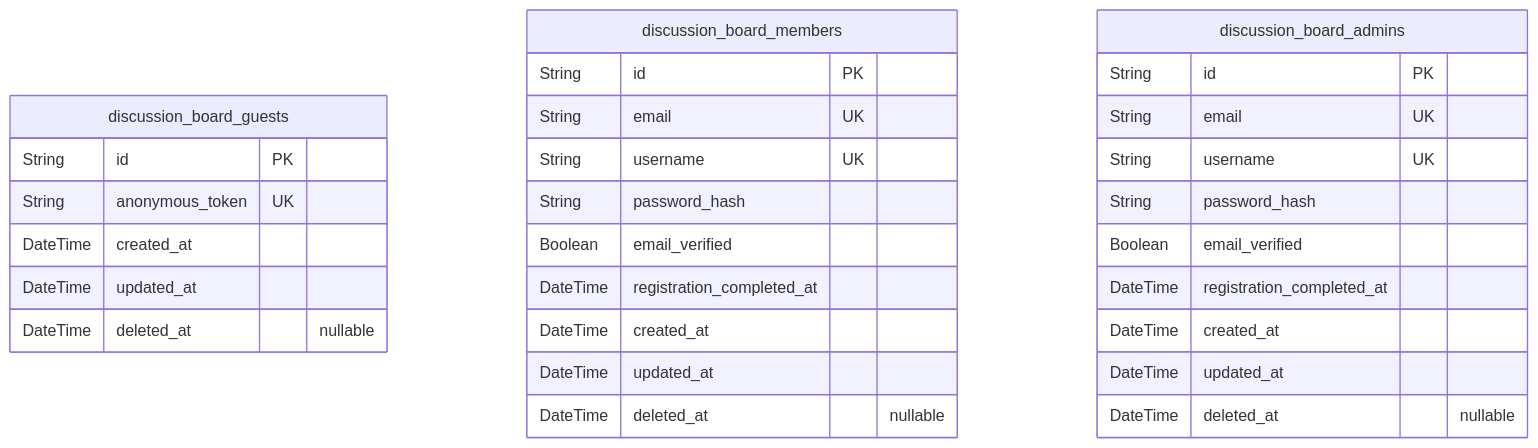
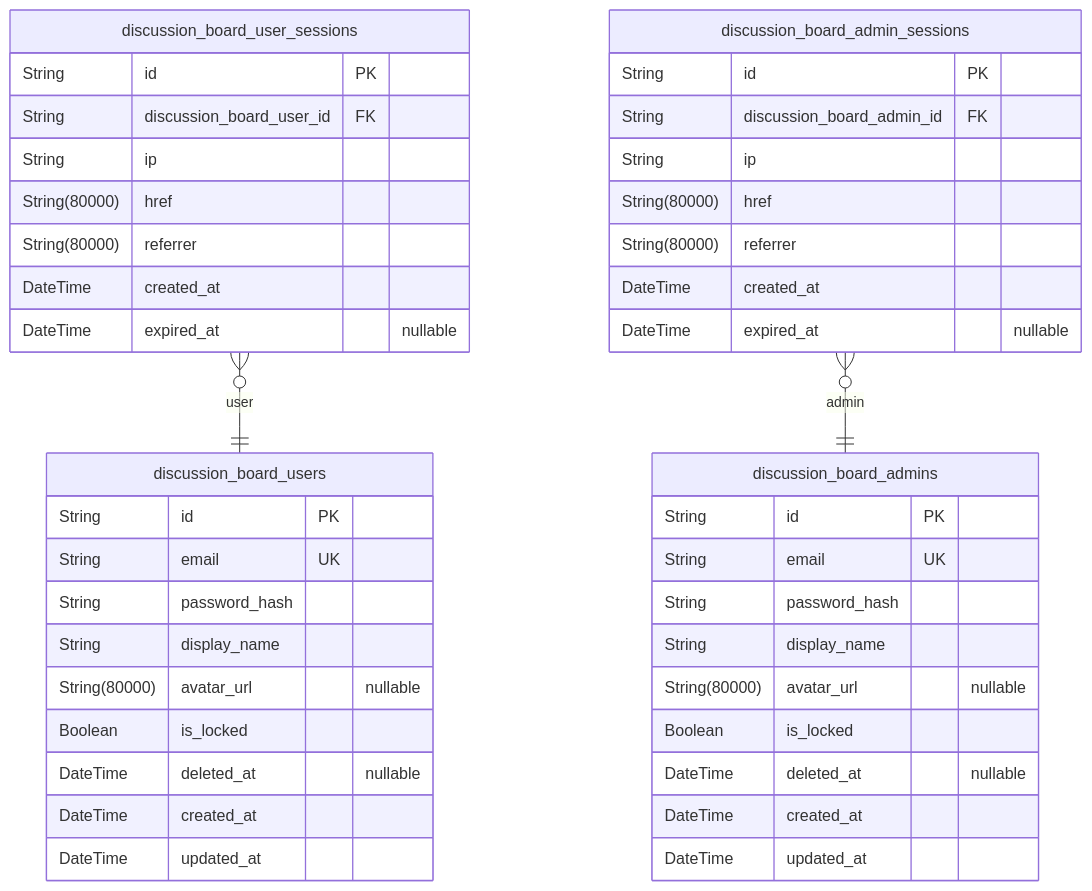
The first of 3 diagrams in openai/gpt-4.1/bbs/docs/ERD.md (wrtnlabs/autobe-examples), drawn with Mermaid before and after one commit. The commit also changed other lines of this file and 16146 other files, not shown here.

````diff
--- a/openai/gpt-4.1/bbs/docs/ERD.md
+++ b/openai/gpt-4.1/bbs/docs/ERD.md
@@ -10,32 +11,45 @@
 ```mermaid
 erDiagram
-"discussion_board_guests" {
+"discussion_board_users" {
   String id PK
-  String anonymous_token UK
+  String email UK
+  String password_hash
+  String display_name
+  String(80000) avatar_url "nullable"
+  Boolean is_locked
+  DateTime deleted_at "nullable"
   DateTime created_at
   DateTime updated_at
-  DateTime deleted_at "nullable"
 }
-"discussion_board_members" {
+"discussion_board_user_sessions" {
   String id PK
-  String email UK
-  String username UK
-  String password_hash
-  Boolean email_verified
-  DateTime registration_completed_at
+  String discussion_board_user_id FK
+  String ip
+  String(80000) href
+  String(80000) referrer
   DateTime created_at
-  DateTime updated_at
-  DateTime deleted_at "nullable"
+  DateTime expired_at "nullable"
 }
 "discussion_board_admins" {
   String id PK
   String email UK
-  String username UK
   String password_hash
-  Boolean email_verified
-  DateTime registration_completed_at
+  String display_name
+  String(80000) avatar_url "nullable"
+  Boolean is_locked
+  DateTime deleted_at "nullable"
   DateTime created_at
   DateTime updated_at
-  DateTime deleted_at "nullable"
 }
+"discussion_board_admin_sessions" {
+  String id PK
+  String discussion_board_admin_id FK
+  String ip
+  String(80000) href
+  String(80000) referrer
+  DateTime created_at
+  DateTime expired_at "nullable"
+}
+"discussion_board_user_sessions" }o--|| "discussion_board_users" : user
+"discussion_board_admin_sessions" }o--|| "discussion_board_admins" : admin
 ```
````
